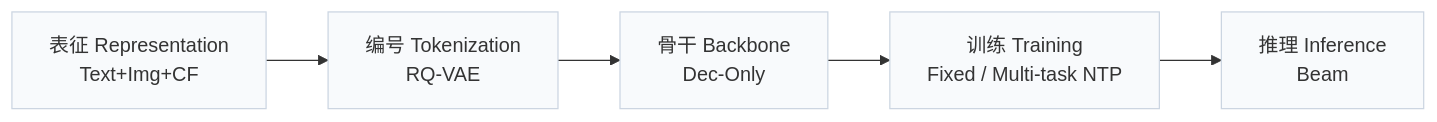
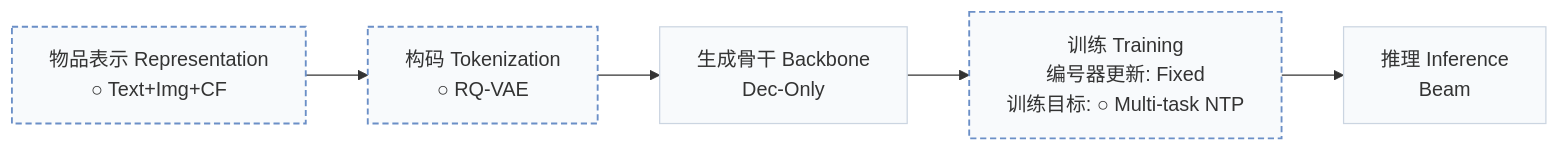
Before and after one commit to Galaxy-ghost/Awesome-SID-Generative-Rec: the first of 2 diagrams in pages/zh/papers/plum.md, drawn with Mermaid. The commit also changed other lines of this file and 558 other files, not shown here.

````diff
--- a/pages/zh/papers/plum.md
+++ b/pages/zh/papers/plum.md
@@ -15,6 +18,8 @@
 ```mermaid
 flowchart LR
-    R["表征 Representation<br/>Text+Img+CF"] --> T["编号 Tokenization<br/>RQ-VAE"] --> B["骨干 Backbone<br/>Dec-Only"] --> TR["训练 Training<br/>Fixed / Multi-task NTP"] --> I["推理 Inference<br/>Beam"]
+    R["物品表示 Representation<br/>○ Text+Img+CF"] --> T["构码 Tokenization<br/>○ RQ-VAE"] --> B["生成骨干 Backbone<br/>Dec-Only"] --> TR["训练 Training<br/>编号器更新: Fixed<br/>训练目标: ○ Multi-task NTP"] --> I["推理 Inference<br/>Beam"]
     classDef base fill:#f8fafc,stroke:#cbd5e1
     class R,T,B,TR,I base
+    classDef other fill:#f8fafc,stroke:#6b8fc7,stroke-width:1.5px,stroke-dasharray:5 3
+    class R,T,TR other
 ```
````
